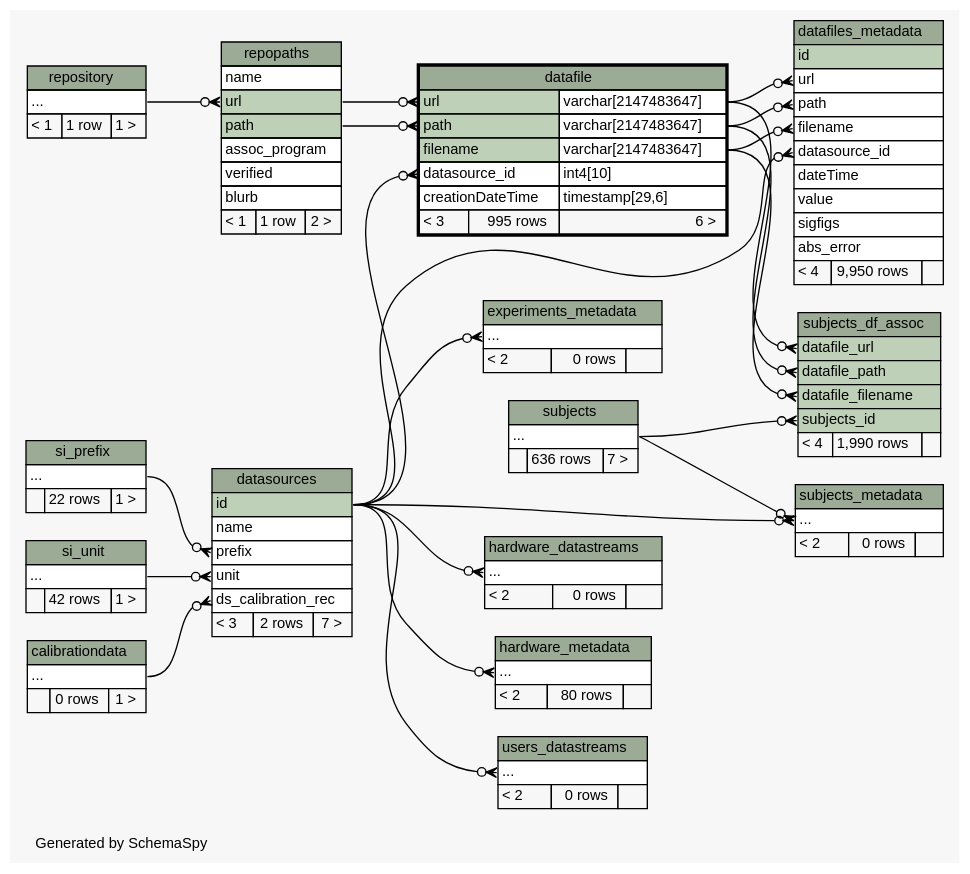
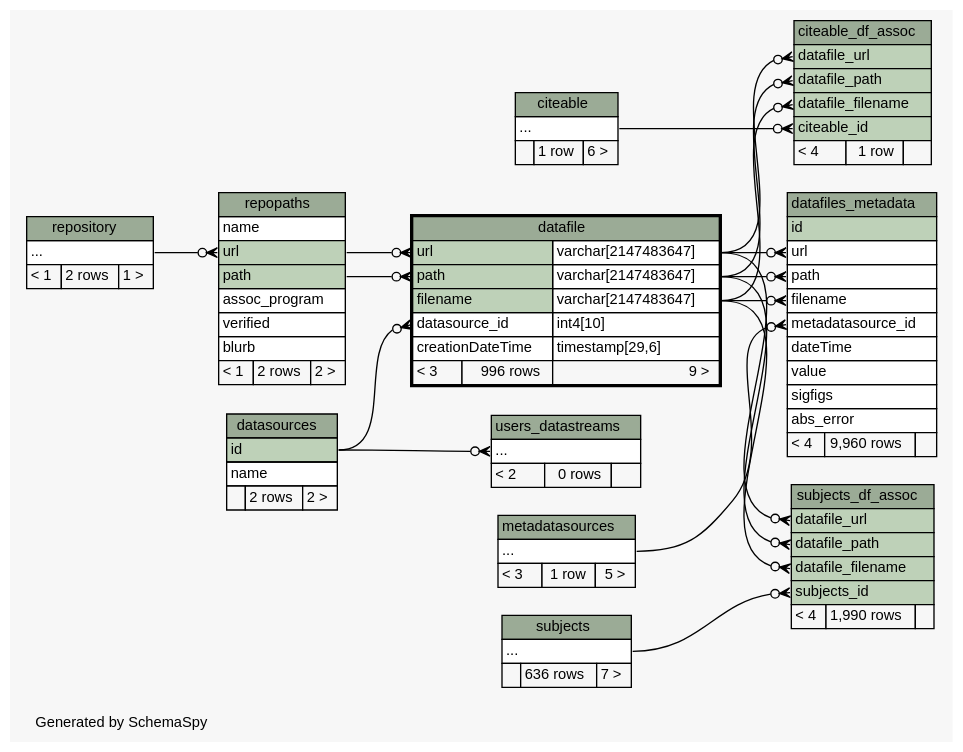
The diagram in database/ss/diagrams/datafile.2degrees.dot (tgbugs/mlab), drawn with Graphviz before and after one commit. The commit also changed 185 other files, not shown here.

Commit message:
I think I can fix some of the problems with collections no populating by changing lazy= option, also, problems joining experiments to datafiles :/

```diff
--- a/database/ss/diagrams/datafile.2degrees.dot
+++ b/database/ss/diagrams/datafile.2degrees.dot
@@ -19,36 +19,45 @@
   edge [
     arrowsize="0.8"
   ];
+  "citeable_df_assoc":"citeable_id":w -> "citeable":"elipses":e [arrowhead=none dir=back arrowtail=crowodot];
+  "citeable_df_assoc":"datafile_filename":w -> "datafile":"filename.type":e [arrowhead=none dir=back arrowtail=crowodot];
+  "citeable_df_assoc":"datafile_path":w -> "datafile":"path.type":e [arrowhead=none dir=back arrowtail=crowodot];
+  "citeable_df_assoc":"datafile_url":w -> "datafile":"url.type":e [arrowhead=none dir=back arrowtail=crowodot];
   "datafile":"datasource_id":w -> "datasources":"id":e [arrowhead=none dir=back arrowtail=crowodot];
   "datafile":"path":w -> "repopaths":"path":e [arrowhead=none dir=back arrowtail=crowodot];
   "datafile":"url":w -> "repopaths":"url":e [arrowhead=none dir=back arrowtail=crowodot];
-  "datafiles_metadata":"datasource_id":w -> "datasources":"id":e [arrowhead=none dir=back arrowtail=crowodot];
   "datafiles_metadata":"filename":w -> "datafile":"filename.type":e [arrowhead=none dir=back arrowtail=crowodot];
+  "datafiles_metadata":"metadatasource_id":w -> "metadatasources":"elipses":e [arrowhead=none dir=back arrowtail=crowodot];
   "datafiles_metadata":"path":w -> "datafile":"path.type":e [arrowhead=none dir=back arrowtail=crowodot];
   "datafiles_metadata":"url":w -> "datafile":"url.type":e [arrowhead=none dir=back arrowtail=crowodot];
-  "datasources":"ds_calibration_rec":w -> "calibrationdata":"elipses":e [arrowhead=none dir=back arrowtail=crowodot];
-  "datasources":"prefix":w -> "si_prefix":"elipses":e [arrowhead=none dir=back arrowtail=crowodot];
-  "datasources":"unit":w -> "si_unit":"elipses":e [arrowhead=none dir=back arrowtail=crowodot];
-  "experiments_metadata":"elipses":w -> "datasources":"id":e [arrowhead=none dir=back arrowtail=crowodot];
-  "hardware_datastreams":"elipses":w -> "datasources":"id":e [arrowhead=none dir=back arrowtail=crowodot];
-  "hardware_metadata":"elipses":w -> "datasources":"id":e [arrowhead=none dir=back arrowtail=crowodot];
   "repopaths":"url":w -> "repository":"elipses":e [arrowhead=none dir=back arrowtail=crowodot];
   "subjects_df_assoc":"datafile_filename":w -> "datafile":"filename.type":e [arrowhead=none dir=back arrowtail=crowodot];
   "subjects_df_assoc":"datafile_path":w -> "datafile":"path.type":e [arrowhead=none dir=back arrowtail=crowodot];
   "subjects_df_assoc":"datafile_url":w -> "datafile":"url.type":e [arrowhead=none dir=back arrowtail=crowodot];
   "subjects_df_assoc":"subjects_id":w -> "subjects":"elipses":e [arrowhead=none dir=back arrowtail=crowodot];
-  "subjects_metadata":"elipses":w -> "datasources":"id":e [arrowhead=none dir=back arrowtail=crowodot];
-  "subjects_metadata":"elipses":w -> "subjects":"elipses":e [arrowhead=none dir=back arrowtail=crowodot];
   "users_datastreams":"elipses":w -> "datasources":"id":e [arrowhead=none dir=back arrowtail=crowodot];
-  "calibrationdata" [
+  "citeable" [
     label=<
     <TABLE BORDER="0" CELLBORDER="1" CELLSPACING="0" BGCOLOR="#ffffff">
-      <TR><TD COLSPAN="3" BGCOLOR="#9bab96" ALIGN="CENTER">calibrationdata</TD></TR>
+      <TR><TD COLSPAN="3" BGCOLOR="#9bab96" ALIGN="CENTER">citeable</TD></TR>
       <TR><TD PORT="elipses" COLSPAN="3" ALIGN="LEFT">...</TD></TR>
-      <TR><TD ALIGN="LEFT" BGCOLOR="#f7f7f7">  </TD><TD ALIGN="RIGHT" BGCOLOR="#f7f7f7">0 rows</TD><TD ALIGN="RIGHT" BGCOLOR="#f7f7f7">1 &gt;</TD></TR>
+      <TR><TD ALIGN="LEFT" BGCOLOR="#f7f7f7">  </TD><TD ALIGN="RIGHT" BGCOLOR="#f7f7f7">1 row</TD><TD ALIGN="RIGHT" BGCOLOR="#f7f7f7">6 &gt;</TD></TR>
     </TABLE>>
-    URL="calibrationdata.html"
-    tooltip="calibrationdata"
+    URL="citeable.html"
+    tooltip="citeable"
+  ];
+  "citeable_df_assoc" [
+    label=<
+    <TABLE BORDER="0" CELLBORDER="1" CELLSPACING="0" BGCOLOR="#ffffff">
+      <TR><TD COLSPAN="3" BGCOLOR="#9bab96" ALIGN="CENTER">citeable_df_assoc</TD></TR>
+      <TR><TD PORT="datafile_url" COLSPAN="3" BGCOLOR="#bed1b8" ALIGN="LEFT">datafile_url</TD></TR>
+      <TR><TD PORT="datafile_path" COLSPAN="3" BGCOLOR="#bed1b8" ALIGN="LEFT">datafile_path</TD></TR>
+      <TR><TD PORT="datafile_filename" COLSPAN="3" BGCOLOR="#bed1b8" ALIGN="LEFT">datafile_filename</TD></TR>
+      <TR><TD PORT="citeable_id" COLSPAN="3" BGCOLOR="#bed1b8" ALIGN="LEFT">citeable_id</TD></TR>
+      <TR><TD ALIGN="LEFT" BGCOLOR="#f7f7f7">&lt; 4</TD><TD ALIGN="RIGHT" BGCOLOR="#f7f7f7">1 row</TD><TD ALIGN="RIGHT" BGCOLOR="#f7f7f7">  </TD></TR>
+    </TABLE>>
+    URL="citeable_df_assoc.html"
+    tooltip="citeable_df_assoc"
   ];
   "datafile" [
     label=<
@@ -59,7 +68,7 @@
       <TR><TD PORT="filename" COLSPAN="2" BGCOLOR="#bed1b8" ALIGN="LEFT">filename</TD><TD PORT="filename.type" ALIGN="LEFT">varchar[2147483647]</TD></TR>
       <TR><TD PORT="datasource_id" COLSPAN="2" ALIGN="LEFT">datasource_id</TD><TD PORT="datasource_id.type" ALIGN="LEFT">int4[10]</TD></TR>
       <TR><TD PORT="creationDateTime" COLSPAN="2" ALIGN="LEFT">creationDateTime</TD><TD PORT="creationDateTime.type" ALIGN="LEFT">timestamp[29,6]</TD></TR>
-      <TR><TD ALIGN="LEFT" BGCOLOR="#f7f7f7">&lt; 3</TD><TD ALIGN="RIGHT" BGCOLOR="#f7f7f7">995 rows</TD><TD ALIGN="RIGHT" BGCOLOR="#f7f7f7">6 &gt;</TD></TR>
+      <TR><TD ALIGN="LEFT" BGCOLOR="#f7f7f7">&lt; 3</TD><TD ALIGN="RIGHT" BGCOLOR="#f7f7f7">996 rows</TD><TD ALIGN="RIGHT" BGCOLOR="#f7f7f7">9 &gt;</TD></TR>
     </TABLE>>
     URL="datafile.html"
     tooltip="datafile"
@@ -72,12 +81,12 @@
       <TR><TD PORT="url" COLSPAN="3" ALIGN="LEFT">url</TD></TR>
       <TR><TD PORT="path" COLSPAN="3" ALIGN="LEFT">path</TD></TR>
       <TR><TD PORT="filename" COLSPAN="3" ALIGN="LEFT">filename</TD></TR>
-      <TR><TD PORT="datasource_id" COLSPAN="3" ALIGN="LEFT">datasource_id</TD></TR>
+      <TR><TD PORT="metadatasource_id" COLSPAN="3" ALIGN="LEFT">metadatasource_id</TD></TR>
       <TR><TD PORT="dateTime" COLSPAN="3" ALIGN="LEFT">dateTime</TD></TR>
       <TR><TD PORT="value" COLSPAN="3" ALIGN="LEFT">value</TD></TR>
       <TR><TD PORT="sigfigs" COLSPAN="3" ALIGN="LEFT">sigfigs</TD></TR>
       <TR><TD PORT="abs_error" COLSPAN="3" ALIGN="LEFT">abs_error</TD></TR>
-      <TR><TD ALIGN="LEFT" BGCOLOR="#f7f7f7">&lt; 4</TD><TD ALIGN="RIGHT" BGCOLOR="#f7f7f7">9,950 rows</TD><TD ALIGN="RIGHT" BGCOLOR="#f7f7f7">  </TD></TR>
+      <TR><TD ALIGN="LEFT" BGCOLOR="#f7f7f7">&lt; 4</TD><TD ALIGN="RIGHT" BGCOLOR="#f7f7f7">9,960 rows</TD><TD ALIGN="RIGHT" BGCOLOR="#f7f7f7">  </TD></TR>
     </TABLE>>
     URL="datafiles_metadata.html"
     tooltip="datafiles_metadata"
@@ -88,43 +97,20 @@
       <TR><TD COLSPAN="3" BGCOLOR="#9bab96" ALIGN="CENTER">datasources</TD></TR>
       <TR><TD PORT="id" COLSPAN="3" BGCOLOR="#bed1b8" ALIGN="LEFT">id</TD></TR>
       <TR><TD PORT="name" COLSPAN="3" ALIGN="LEFT">name</TD></TR>
-      <TR><TD PORT="prefix" COLSPAN="3" ALIGN="LEFT">prefix</TD></TR>
-      <TR><TD PORT="unit" COLSPAN="3" ALIGN="LEFT">unit</TD></TR>
-      <TR><TD PORT="ds_calibration_rec" COLSPAN="3" ALIGN="LEFT">ds_calibration_rec</TD></TR>
-      <TR><TD ALIGN="LEFT" BGCOLOR="#f7f7f7">&lt; 3</TD><TD ALIGN="RIGHT" BGCOLOR="#f7f7f7">2 rows</TD><TD ALIGN="RIGHT" BGCOLOR="#f7f7f7">7 &gt;</TD></TR>
+      <TR><TD ALIGN="LEFT" BGCOLOR="#f7f7f7">  </TD><TD ALIGN="RIGHT" BGCOLOR="#f7f7f7">2 rows</TD><TD ALIGN="RIGHT" BGCOLOR="#f7f7f7">2 &gt;</TD></TR>
     </TABLE>>
     URL="datasources.html"
     tooltip="datasources"
   ];
-  "experiments_metadata" [
+  "metadatasources" [
     label=<
     <TABLE BORDER="0" CELLBORDER="1" CELLSPACING="0" BGCOLOR="#ffffff">
-      <TR><TD COLSPAN="3" BGCOLOR="#9bab96" ALIGN="CENTER">experiments_metadata</TD></TR>
+      <TR><TD COLSPAN="3" BGCOLOR="#9bab96" ALIGN="CENTER">metadatasources</TD></TR>
       <TR><TD PORT="elipses" COLSPAN="3" ALIGN="LEFT">...</TD></TR>
-      <TR><TD ALIGN="LEFT" BGCOLOR="#f7f7f7">&lt; 2</TD><TD ALIGN="RIGHT" BGCOLOR="#f7f7f7">0 rows</TD><TD ALIGN="RIGHT" BGCOLOR="#f7f7f7">  </TD></TR>
+      <TR><TD ALIGN="LEFT" BGCOLOR="#f7f7f7">&lt; 3</TD><TD ALIGN="RIGHT" BGCOLOR="#f7f7f7">1 row</TD><TD ALIGN="RIGHT" BGCOLOR="#f7f7f7">5 &gt;</TD></TR>
     </TABLE>>
-    URL="experiments_metadata.html"
-    tooltip="experiments_metadata"
-  ];
-  "hardware_datastreams" [
-    label=<
-    <TABLE BORDER="0" CELLBORDER="1" CELLSPACING="0" BGCOLOR="#ffffff">
-      <TR><TD COLSPAN="3" BGCOLOR="#9bab96" ALIGN="CENTER">hardware_datastreams</TD></TR>
-      <TR><TD PORT="elipses" COLSPAN="3" ALIGN="LEFT">...</TD></TR>
-      <TR><TD ALIGN="LEFT" BGCOLOR="#f7f7f7">&lt; 2</TD><TD ALIGN="RIGHT" BGCOLOR="#f7f7f7">0 rows</TD><TD ALIGN="RIGHT" BGCOLOR="#f7f7f7">  </TD></TR>
-    </TABLE>>
-    URL="hardware_datastreams.html"
-    tooltip="hardware_datastreams"
-  ];
-  "hardware_metadata" [
-    label=<
-    <TABLE BORDER="0" CELLBORDER="1" CELLSPACING="0" BGCOLOR="#ffffff">
-      <TR><TD COLSPAN="3" BGCOLOR="#9bab96" ALIGN="CENTER">hardware_metadata</TD></TR>
-      <TR><TD PORT="elipses" COLSPAN="3" ALIGN="LEFT">...</TD></TR>
-      <TR><TD ALIGN="LEFT" BGCOLOR="#f7f7f7">&lt; 2</TD><TD ALIGN="RIGHT" BGCOLOR="#f7f7f7">80 rows</TD><TD ALIGN="RIGHT" BGCOLOR="#f7f7f7">  </TD></TR>
-    </TABLE>>
-    URL="hardware_metadata.html"
-    tooltip="hardware_metadata"
+    URL="metadatasources.html"
+    tooltip="metadatasources"
   ];
   "repopaths" [
     label=<
@@ -136,7 +122,7 @@
       <TR><TD PORT="assoc_program" COLSPAN="3" ALIGN="LEFT">assoc_program</TD></TR>
       <TR><TD PORT="verified" COLSPAN="3" ALIGN="LEFT">verified</TD></TR>
       <TR><TD PORT="blurb" COLSPAN="3" ALIGN="LEFT">blurb</TD></TR>
-      <TR><TD ALIGN="LEFT" BGCOLOR="#f7f7f7">&lt; 1</TD><TD ALIGN="RIGHT" BGCOLOR="#f7f7f7">1 row</TD><TD ALIGN="RIGHT" BGCOLOR="#f7f7f7">2 &gt;</TD></TR>
+      <TR><TD ALIGN="LEFT" BGCOLOR="#f7f7f7">&lt; 1</TD><TD ALIGN="RIGHT" BGCOLOR="#f7f7f7">2 rows</TD><TD ALIGN="RIGHT" BGCOLOR="#f7f7f7">2 &gt;</TD></TR>
     </TABLE>>
     URL="repopaths.html"
     tooltip="repopaths"
@@ -146,30 +132,10 @@
     <TABLE BORDER="0" CELLBORDER="1" CELLSPACING="0" BGCOLOR="#ffffff">
       <TR><TD COLSPAN="3" BGCOLOR="#9bab96" ALIGN="CENTER">repository</TD></TR>
       <TR><TD PORT="elipses" COLSPAN="3" ALIGN="LEFT">...</TD></TR>
-      <TR><TD ALIGN="LEFT" BGCOLOR="#f7f7f7">&lt; 1</TD><TD ALIGN="RIGHT" BGCOLOR="#f7f7f7">1 row</TD><TD ALIGN="RIGHT" BGCOLOR="#f7f7f7">1 &gt;</TD></TR>
+      <TR><TD ALIGN="LEFT" BGCOLOR="#f7f7f7">&lt; 1</TD><TD ALIGN="RIGHT" BGCOLOR="#f7f7f7">2 rows</TD><TD ALIGN="RIGHT" BGCOLOR="#f7f7f7">1 &gt;</TD></TR>
     </TABLE>>
     URL="repository.html"
     tooltip="repository"
-  ];
-  "si_prefix" [
-    label=<
-    <TABLE BORDER="0" CELLBORDER="1" CELLSPACING="0" BGCOLOR="#ffffff">
-      <TR><TD COLSPAN="3" BGCOLOR="#9bab96" ALIGN="CENTER">si_prefix</TD></TR>
-      <TR><TD PORT="elipses" COLSPAN="3" ALIGN="LEFT">...</TD></TR>
-      <TR><TD ALIGN="LEFT" BGCOLOR="#f7f7f7">  </TD><TD ALIGN="RIGHT" BGCOLOR="#f7f7f7">22 rows</TD><TD ALIGN="RIGHT" BGCOLOR="#f7f7f7">1 &gt;</TD></TR>
-    </TABLE>>
-    URL="si_prefix.html"
-    tooltip="si_prefix"
-  ];
-  "si_unit" [
-    label=<
-    <TABLE BORDER="0" CELLBORDER="1" CELLSPACING="0" BGCOLOR="#ffffff">
-      <TR><TD COLSPAN="3" BGCOLOR="#9bab96" ALIGN="CENTER">si_unit</TD></TR>
-      <TR><TD PORT="elipses" COLSPAN="3" ALIGN="LEFT">...</TD></TR>
-      <TR><TD ALIGN="LEFT" BGCOLOR="#f7f7f7">  </TD><TD ALIGN="RIGHT" BGCOLOR="#f7f7f7">42 rows</TD><TD ALIGN="RIGHT" BGCOLOR="#f7f7f7">1 &gt;</TD></TR>
-    </TABLE>>
-    URL="si_unit.html"
-    tooltip="si_unit"
   ];
   "subjects" [
     label=<
@@ -194,16 +160,6 @@
     URL="subjects_df_assoc.html"
     tooltip="subjects_df_assoc"
   ];
-  "subjects_metadata" [
-    label=<
-    <TABLE BORDER="0" CELLBORDER="1" CELLSPACING="0" BGCOLOR="#ffffff">
-      <TR><TD COLSPAN="3" BGCOLOR="#9bab96" ALIGN="CENTER">subjects_metadata</TD></TR>
-      <TR><TD PORT="elipses" COLSPAN="3" ALIGN="LEFT">...</TD></TR>
-      <TR><TD ALIGN="LEFT" BGCOLOR="#f7f7f7">&lt; 2</TD><TD ALIGN="RIGHT" BGCOLOR="#f7f7f7">0 rows</TD><TD ALIGN="RIGHT" BGCOLOR="#f7f7f7">  </TD></TR>
-    </TABLE>>
-    URL="subjects_metadata.html"
-    tooltip="subjects_metadata"
-  ];
   "users_datastreams" [
     label=<
     <TABLE BORDER="0" CELLBORDER="1" CELLSPACING="0" BGCOLOR="#ffffff">
```
